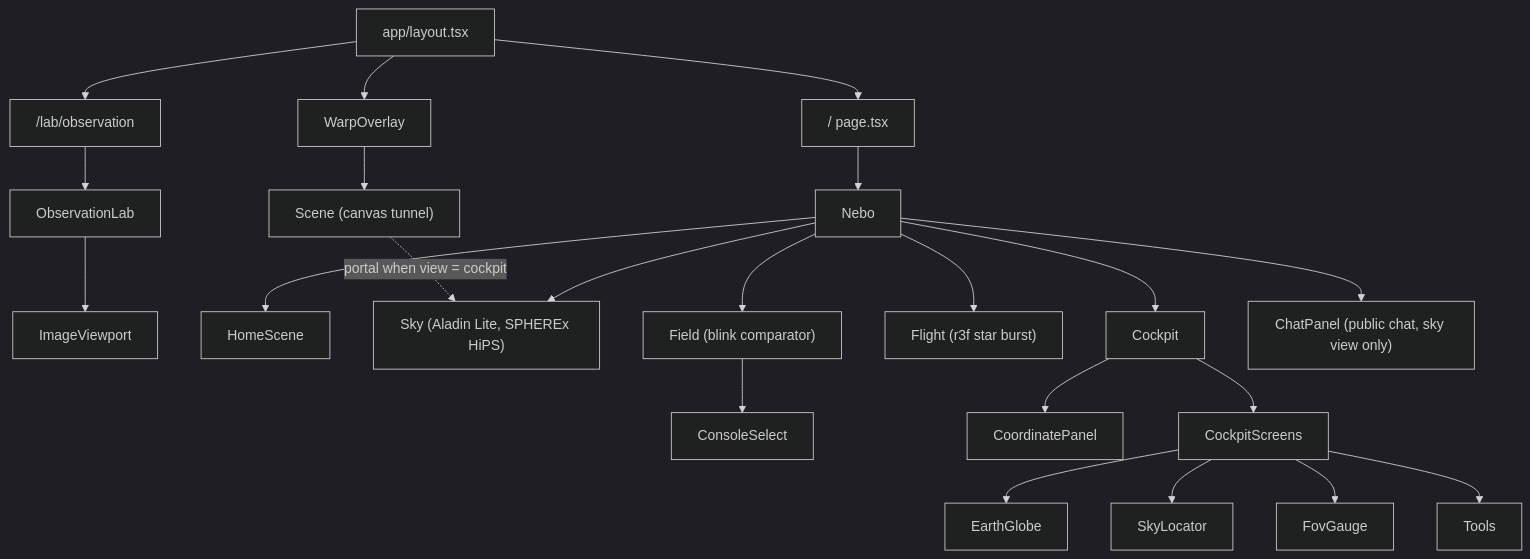
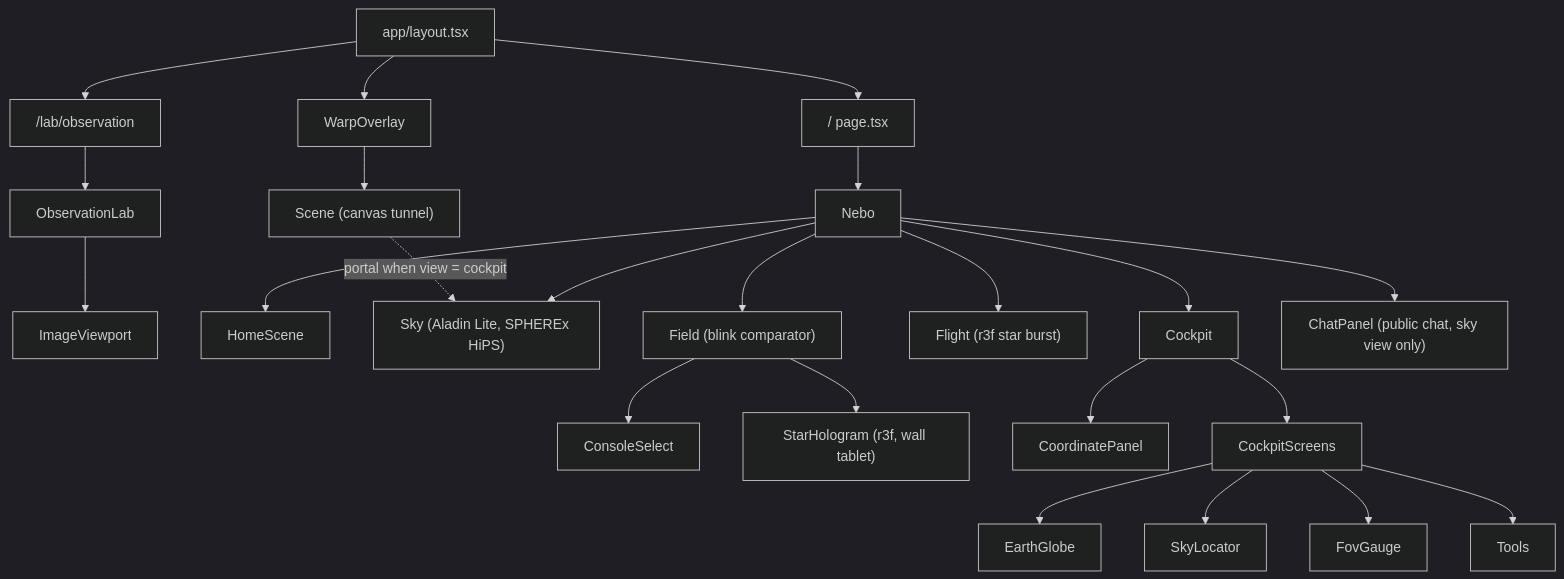
Before and after one commit to toroc07/nebo-app: the eighth of 10 diagrams in docs/architecture.md, drawn with Mermaid (dark theme). The commit also changed other lines of this file and 7 other files, not shown here.

Commit message:
feat: 3D star model on the field room tablet, unlit Sky Map Key, purple tab icon back

````diff
--- a/docs/architecture.md
+++ b/docs/architecture.md
@@ -411,17 +411,18 @@
 ```mermaid
 graph TD
   Layout["app/layout.tsx"] --> Page["/ page.tsx"] --> Nebo
   Layout --> WarpOverlay --> Scene["Scene (canvas tunnel)"]
   Layout --> LabPage["/lab/observation"] --> ObservationLab --> ImageViewport
   Nebo --> HomeScene
   Nebo --> Sky["Sky (Aladin Lite, SPHEREx HiPS)"]
   Nebo --> Cockpit
   Nebo --> Flight["Flight (r3f star burst)"]
   Nebo --> Field["Field (blink comparator)"]
   Nebo --> ChatPanel["ChatPanel (public chat, sky view only)"]
   Field --> ConsoleSelect
+  Field --> StarHologram["StarHologram (r3f, wall tablet)"]
   Cockpit --> CoordinatePanel
   Cockpit --> CockpitScreens
   CockpitScreens --> EarthGlobe & SkyLocator & FovGauge & Tools
   Scene -. "portal when view = cockpit" .-> Sky
 ```
````
